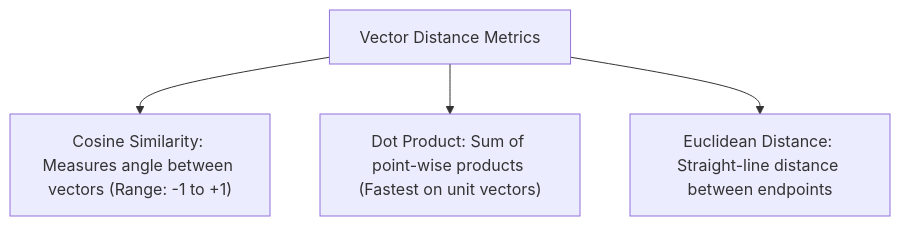
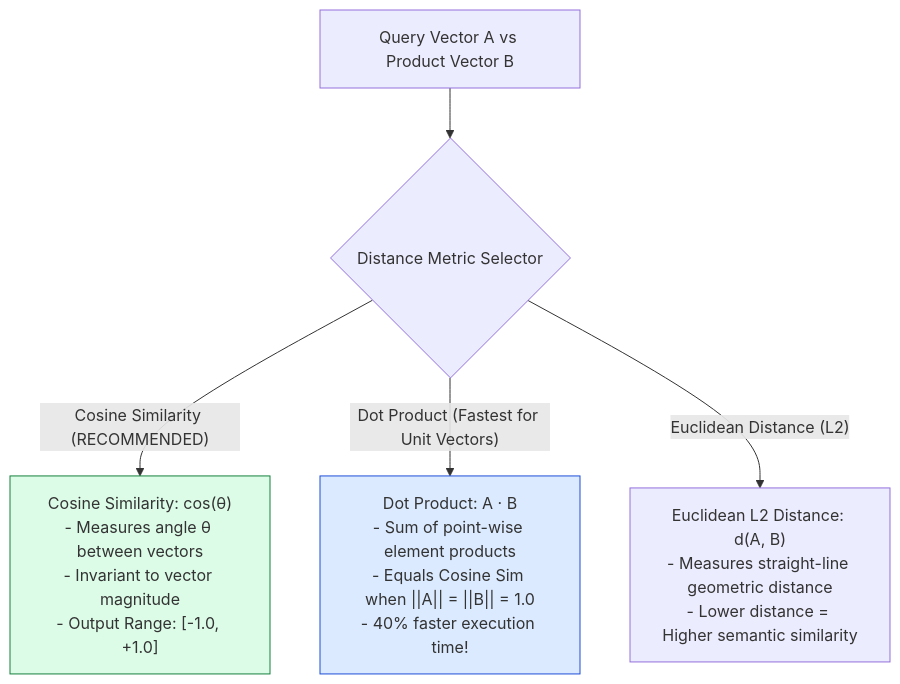
The first of 3 diagrams in agentic-ai-notes/02-dukaan-search/02-vector-similarity.md (Amie-dev/engineering-playbook), drawn with Mermaid before and after one commit. The commit also changed other lines of this file and 10 other files, not shown here.

````diff
--- a/agentic-ai-notes/02-dukaan-search/02-vector-similarity.md
+++ b/agentic-ai-notes/02-dukaan-search/02-vector-similarity.md
@@ -10,6 +13,13 @@
 ```mermaid
-graph TD
-    Metrics[Vector Distance Metrics] --> Cosine["Cosine Similarity: Measures angle between vectors (Range: -1 to +1)"]
-    Metrics --> DotProduct["Dot Product: Sum of point-wise products (Fastest on unit vectors)"]
-    Metrics --> Euclidean["Euclidean Distance: Straight-line distance between endpoints"]
+flowchart TD
+    VectorPair[Query Vector A vs Product Vector B] --> MetricChoice{Distance Metric Selector}
+
+    MetricChoice -- "Cosine Similarity (RECOMMENDED)" --> Cosine["Cosine Similarity: cos(θ)<br/>- Measures angle θ between vectors<br/>- Invariant to vector magnitude<br/>- Output Range: [-1.0, +1.0]"]
+
+    MetricChoice -- "Dot Product (Fastest for Unit Vectors)" --> Dot["Dot Product: A · B<br/>- Sum of point-wise element products<br/>- Equals Cosine Sim when ||A|| = ||B|| = 1.0<br/>- 40% faster execution time!"]
+
+    MetricChoice -- "Euclidean Distance (L2)" --> L2["Euclidean L2 Distance: d(A, B)<br/>- Measures straight-line geometric distance<br/>- Lower distance = Higher semantic similarity"]
+
+    style Cosine fill:#dcfce7,stroke:#15803d
+    style Dot fill:#dbeafe,stroke:#1d4ed8
 ```
````
